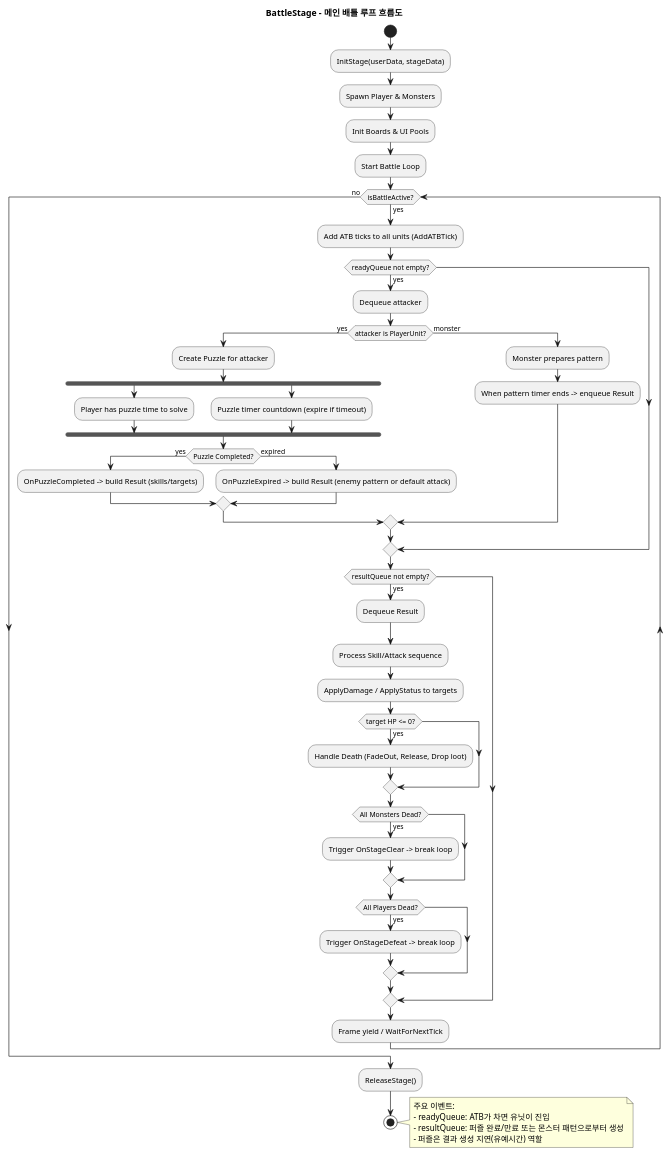
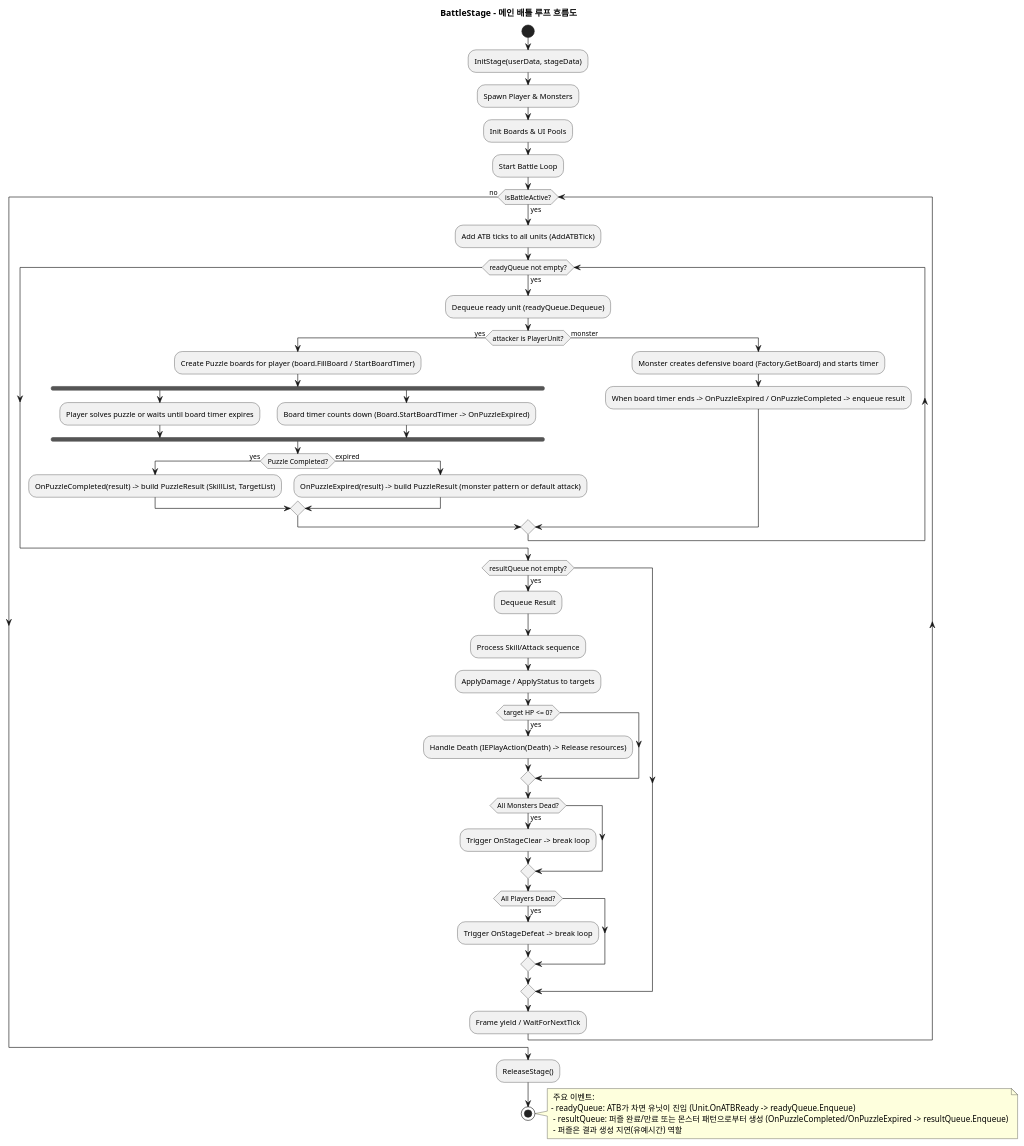
One commit to KangSungKyu/TP1 changed the diagram in doc/flowchart_battle_loop.puml. Above: the diagram before and after it, drawn with PlantUML. The commit also changed 3 other files, not shown here.

```diff
--- a/doc/flowchart_battle_loop.puml
+++ b/doc/flowchart_battle_loop.puml
@@ -1,62 +1,62 @@
 @startuml
 title BattleStage - 메인 배틀 루프 흐름도
 
 start
 
 :InitStage(userData, stageData);
 :Spawn Player & Monsters;
 :Init Boards & UI Pools;
 :Start Battle Loop;
 
 while (isBattleActive?) is (yes)
   :Add ATB ticks to all units (AddATBTick);
 
-  if (readyQueue not empty?) then (yes)
-	:Dequeue attacker;
+	while (readyQueue not empty?) is (yes)
+	:Dequeue ready unit (readyQueue.Dequeue);
 	if (attacker is PlayerUnit?) then (yes)
-	  :Create Puzzle for attacker;
+	  :Create Puzzle boards for player (board.FillBoard / StartBoardTimer);
 	  fork
-		:Player has puzzle time to solve;
+		:Player solves puzzle or waits until board timer expires;
 	  fork again
-		:Puzzle timer countdown (expire if timeout);
+		:Board timer counts down (Board.StartBoardTimer -> OnPuzzleExpired);
 	  end fork
 	  if (Puzzle Completed?) then (yes)
-		:OnPuzzleCompleted -> build Result (skills/targets);
+		:OnPuzzleCompleted(result) -> build PuzzleResult (SkillList, TargetList);
 	  else (expired)
-		:OnPuzzleExpired -> build Result (enemy pattern or default attack);
+		:OnPuzzleExpired(result) -> build PuzzleResult (monster pattern or default attack);
 	  endif
 	else (monster)
-	  :Monster prepares pattern;
-	  :When pattern timer ends -> enqueue Result;
+	  :Monster creates defensive board (Factory.GetBoard) and starts timer;
+	  :When board timer ends -> OnPuzzleExpired / OnPuzzleCompleted -> enqueue result;
 	endif
-  endif
+  endwhile
 
   if (resultQueue not empty?) then (yes)
 	:Dequeue Result;
 	:Process Skill/Attack sequence;
 	:ApplyDamage / ApplyStatus to targets;
 	if (target HP <= 0?) then (yes)
-	  :Handle Death (FadeOut, Release, Drop loot);
+	  :Handle Death (IEPlayAction(Death) -> Release resources);
 	endif
 	if (All Monsters Dead?) then (yes)
 	  :Trigger OnStageClear -> break loop;
 	endif
 	if (All Players Dead?) then (yes)
 	  :Trigger OnStageDefeat -> break loop;
 	endif
   endif
 
   :Frame yield / WaitForNextTick;
 endwhile (no)
 
 :ReleaseStage();
 stop
 
 note right
   주요 이벤트:
-  - readyQueue: ATB가 차면 유닛이 진입
-  - resultQueue: 퍼즐 완료/만료 또는 몬스터 패턴으로부터 생성
+	- readyQueue: ATB가 차면 유닛이 진입 (Unit.OnATBReady -> readyQueue.Enqueue)
+  - resultQueue: 퍼즐 완료/만료 또는 몬스터 패턴으로부터 생성 (OnPuzzleCompleted/OnPuzzleExpired -> resultQueue.Enqueue)
   - 퍼즐은 결과 생성 지연(유예시간) 역할
 end note
 
 @enduml
```
